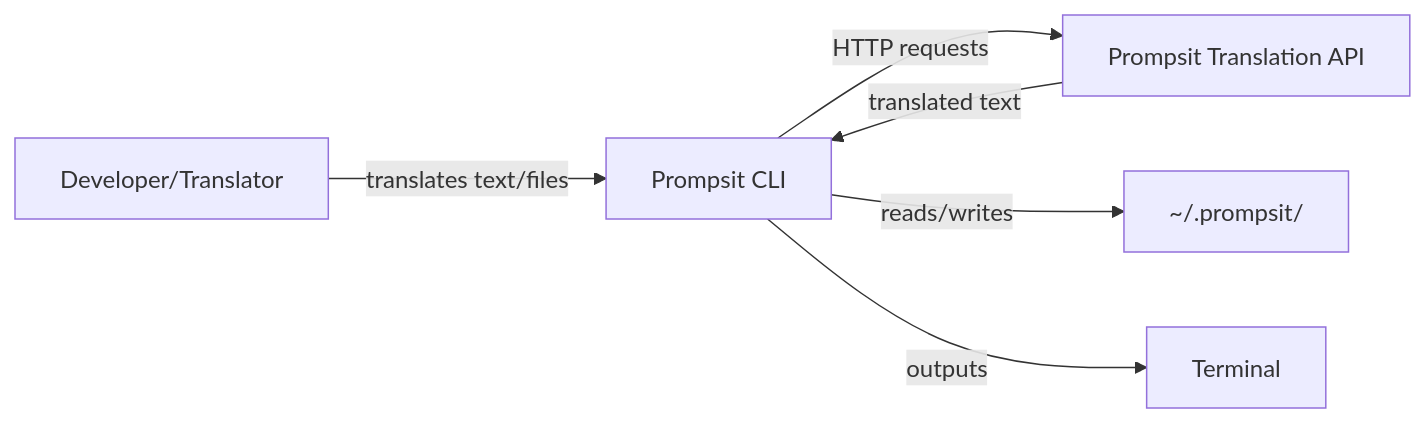
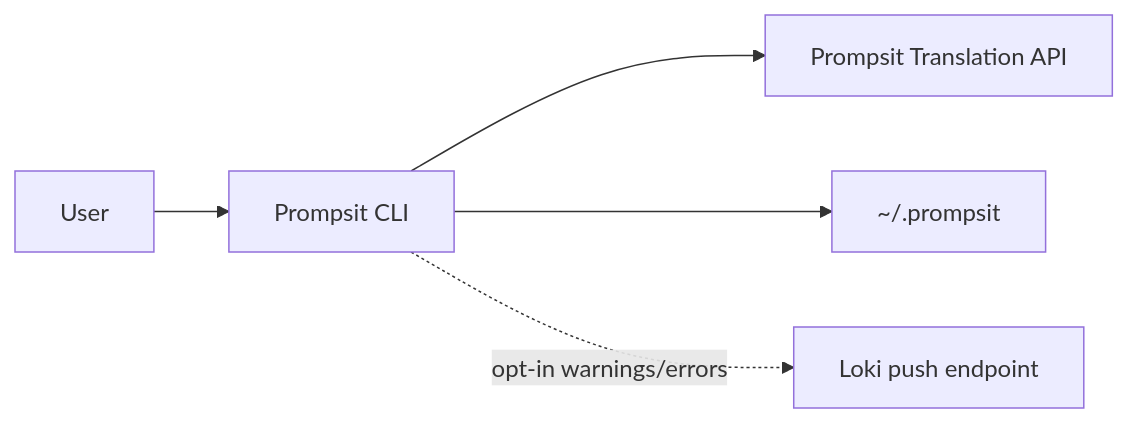
The first of 2 diagrams in docs/project/architecture.md (Prompsit/prompsit-cli), drawn with Mermaid before and after one commit. The commit also changed other lines of this file and 135 other files, not shown here.

````diff
--- a/docs/project/architecture.md
+++ b/docs/project/architecture.md
@@ -66,8 +7,7 @@
 ```mermaid
-graph LR
-    User[Developer/Translator] -->|translates text/files| CLI[Prompsit CLI]
-    CLI -->|HTTP requests| API[Prompsit Translation API]
-    API -->|translated text| CLI
-    CLI -->|reads/writes| Config[~/.prompsit/]
-    CLI -->|outputs| Terminal[Terminal]
+flowchart LR
+  User --> CLI[Prompsit CLI]
+  CLI --> API[Prompsit Translation API]
+  CLI --> Data[~/.prompsit]
+  CLI -. opt-in warnings/errors .-> Loki[Loki push endpoint]
 ```
````
